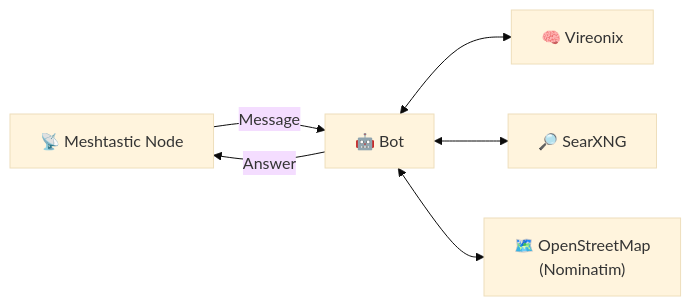
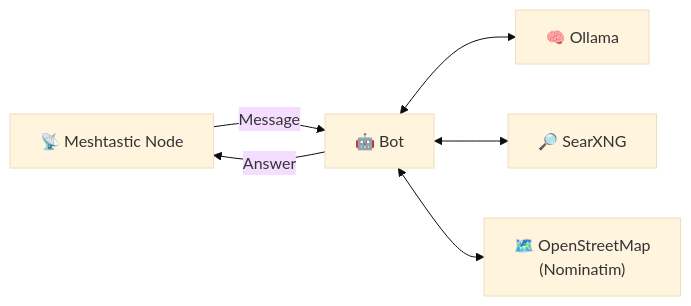
Before and after one commit to YR72dpi/meshtastic_search_bot: the first of 4 diagrams in README.md, drawn with Mermaid (base theme). The commit also changed other lines of this file and 5 other files, not shown here.

Commit message:
✨ feat: integrate Ollama for LLM processing and remove Vireonix

````diff
--- a/README.md
+++ b/README.md
@@ -103,14 +103,14 @@
 ```mermaid
 flowchart LR
     M["📡 Meshtastic Node"]
     B["🤖 Bot"]
-    V["🧠 Vireonix"]
+    V["🧠 Ollama"]
     S["🔎 SearXNG"]
     O["🗺️ OpenStreetMap<br/>(Nominatim)"]
 
     M -->|"Message"| B
     B <--> V
     B <--> S
     B <--> O
     B -->|"Answer"| M
 ```
````
